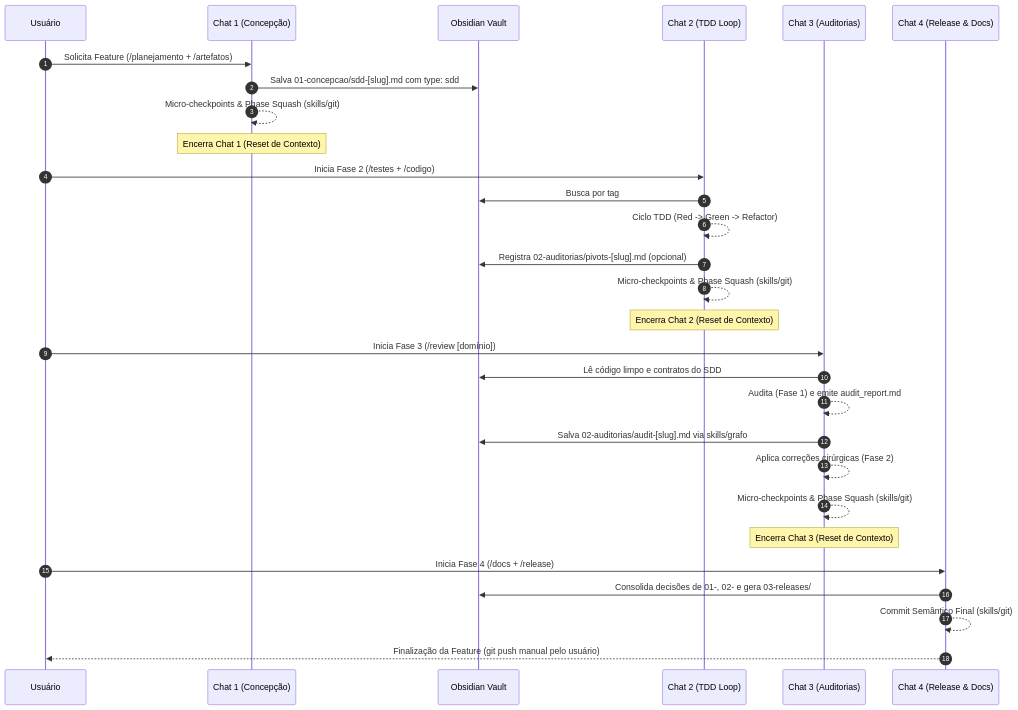
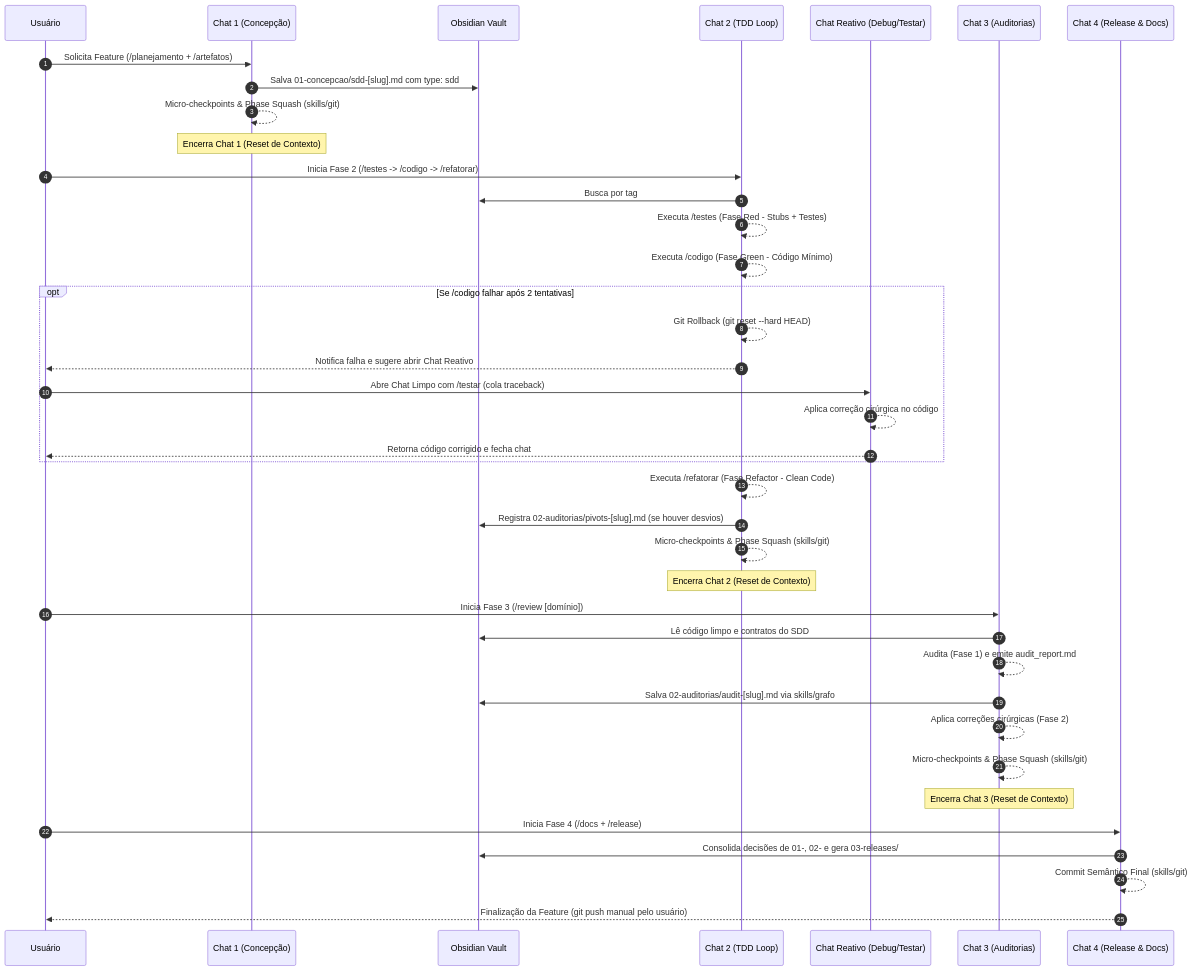
Before and after one commit to MarcosVeniciu/antigravity-agentic-workflows: the diagram in docs-antigravity/guia-fluxo-desenvolvimento.md, drawn with Mermaid. The commit also changed other lines of this file and 4 other files, not shown here.

````diff
--- a/docs-antigravity/guia-fluxo-desenvolvimento.md
+++ b/docs-antigravity/guia-fluxo-desenvolvimento.md
@@ -91,35 +99,48 @@
 ```mermaid
 sequenceDiagram
     autonumber
     participant U as Usuário
     participant C1 as Chat 1 (Concepção)
     participant V as Obsidian Vault
     participant C2 as Chat 2 (TDD Loop)
+    participant CR as Chat Reativo (Debug/Testar)
     participant C3 as Chat 3 (Auditorias)
     participant C4 as Chat 4 (Release & Docs)
 
     U->>C1: Solicita Feature (/planejamento + /artefatos)
     C1->>V: Salva 01-concepcao/sdd-[slug].md com type: sdd
     C1-->>C1: Micro-checkpoints & Phase Squash (skills/git)
     Note over C1: Encerra Chat 1 (Reset de Contexto)
 
-    U->>C2: Inicia Fase 2 (/testes + /codigo)
+    U->>C2: Inicia Fase 2 (/testes -> /codigo -> /refatorar)
     C2->>V: Busca por tag #plan_implement e feature: [slug]
-    C2-->>C2: Ciclo TDD (Red -> Green -> Refactor)
-    C2->>V: Registra 02-auditorias/pivots-[slug].md (opcional)
+    C2-->>C2: Executa /testes (Fase Red - Stubs + Testes)
+    C2-->>C2: Executa /codigo (Fase Green - Código Mínimo)
+    
+    opt Se /codigo falhar após 2 tentativas
+        C2-->>C2: Git Rollback (git reset --hard HEAD)
+        C2-->>U: Notifica falha e sugere abrir Chat Reativo
+        U->>CR: Abre Chat Limpo com /testar (cola traceback)
+        CR-->>CR: Aplica correção cirúrgica no código
+        CR-->>U: Retorna código corrigido e fecha chat
+    end
+
+    C2-->>C2: Executa /refatorar (Fase Refactor - Clean Code)
+    C2->>V: Registra 02-auditorias/pivots-[slug].md (se houver desvios)
     C2-->>C2: Micro-checkpoints & Phase Squash (skills/git)
     Note over C2: Encerra Chat 2 (Reset de Contexto)
 
     U->>C3: Inicia Fase 3 (/review [domínio])
     C3->>V: Lê código limpo e contratos do SDD
     C3-->>C3: Audita (Fase 1) e emite audit_report.md
     C3->>V: Salva 02-auditorias/audit-[slug].md via skills/grafo
     C3-->>C3: Aplica correções cirúrgicas (Fase 2)
     C3-->>C3: Micro-checkpoints & Phase Squash (skills/git)
     Note over C3: Encerra Chat 3 (Reset de Contexto)
 
     U->>C4: Inicia Fase 4 (/docs + /release)
     C4->>V: Consolida decisões de 01-, 02- e gera 03-releases/
     C4-->>C4: Commit Semântico Final (skills/git)
     C4-->>U: Finalização da Feature (git push manual pelo usuário)
+
 ```
````
